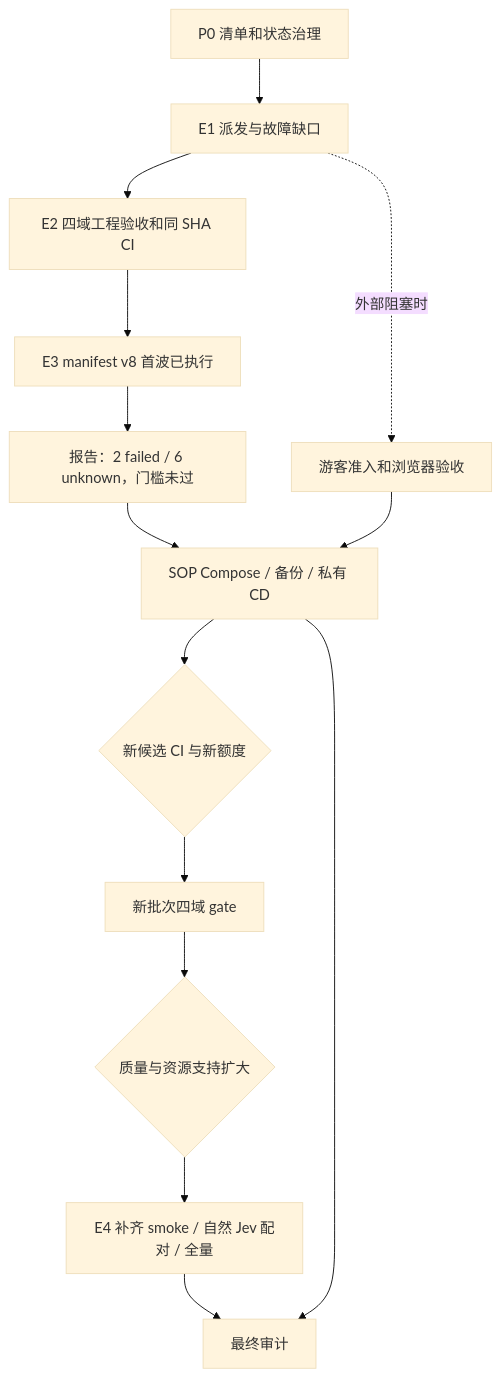
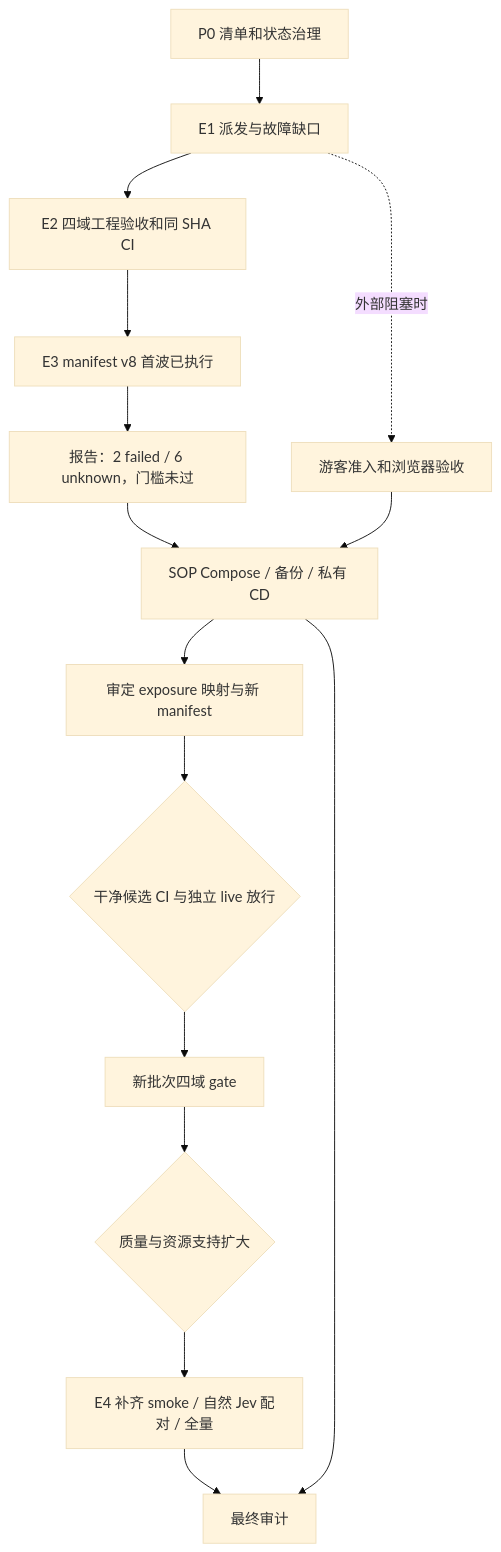
The diagram in generated/261021/计划/1157_后续规划索引.md (shuaibilx/DecAgent), drawn with Mermaid (base theme) before and after one commit. The commit also changed other lines of this file and 11 other files, not shown here.

````diff
--- a/generated/261021/计划/1157_后续规划索引.md
+++ b/generated/261021/计划/1157_后续规划索引.md
@@ -60,16 +61,17 @@
 ```mermaid
 flowchart TD
     P[P0 清单和状态治理] --> E1[E1 派发与故障缺口]
     E1 --> E2[E2 四域工程验收和同 SHA CI]
     E2 --> S[E3 manifest v8 首波已执行]
     S --> R[报告：2 failed / 6 unknown，门槛未过]
     R --> D[离线故障定位与回归]
-    D --> B{新候选 CI 与新额度}
+    D --> M[审定 exposure 映射与新 manifest]
+    M --> B{干净候选 CI 与独立 live 放行}
     B --> S2[新批次四域 gate]
     S2 --> X{质量与资源支持扩大}
     X --> E4[E4 补齐 smoke / 自然 Jev 配对 / 全量]
     E1 -.外部阻塞时.-> G[游客准入和浏览器验收]
     G --> D[SOP Compose / 备份 / 私有 CD]
     E4 --> A[最终审计]
     D --> A
 ```
````
